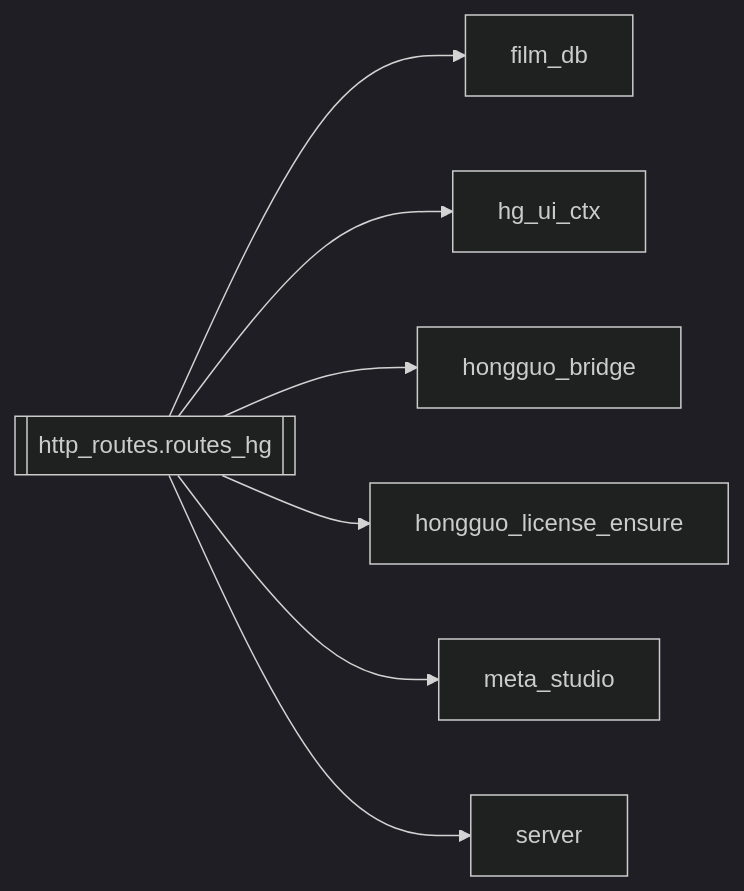
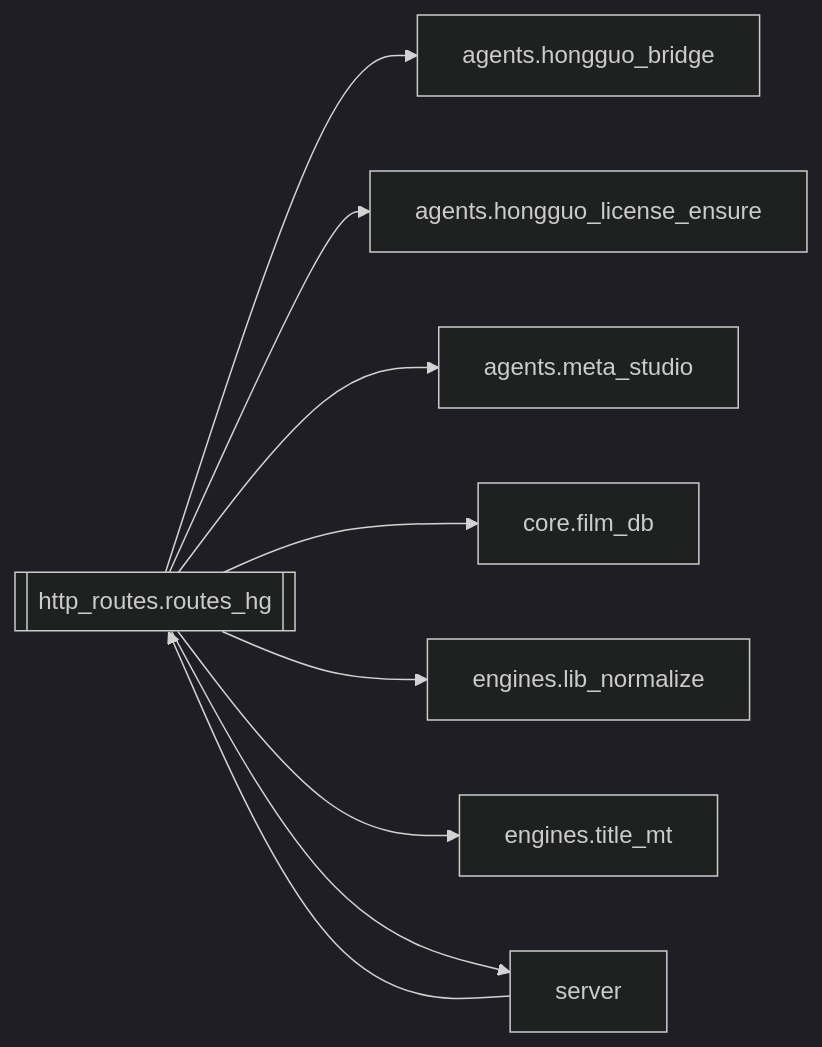
Before and after one commit to kjza178/PinelineV5: the diagram in docs/brain/modules/http_routes.routes_hg.md, drawn with Mermaid (dark theme). The commit also changed other lines of this file and 227 other files, not shown here.

````diff
--- a/docs/brain/modules/http_routes.routes_hg.md
+++ b/docs/brain/modules/http_routes.routes_hg.md
@@ -18,10 +18,12 @@
 ```mermaid
 flowchart LR
   http_routes_routes_hg[[http_routes.routes_hg]]
-  http_routes_routes_hg --> film_db[film_db]
-  http_routes_routes_hg --> hg_ui_ctx[hg_ui_ctx]
-  http_routes_routes_hg --> hongguo_bridge[hongguo_bridge]
-  http_routes_routes_hg --> hongguo_license_ensure[hongguo_license_ensure]
-  http_routes_routes_hg --> meta_studio[meta_studio]
+  server[server] --> http_routes_routes_hg
+  http_routes_routes_hg --> agents_hongguo_bridge[agents.hongguo_bridge]
+  http_routes_routes_hg --> agents_hongguo_license_ensure[agents.hongguo_license_ensure]
+  http_routes_routes_hg --> agents_meta_studio[agents.meta_studio]
+  http_routes_routes_hg --> core_film_db[core.film_db]
+  http_routes_routes_hg --> engines_lib_normalize[engines.lib_normalize]
+  http_routes_routes_hg --> engines_title_mt[engines.title_mt]
   http_routes_routes_hg --> server[server]
 ```
````
